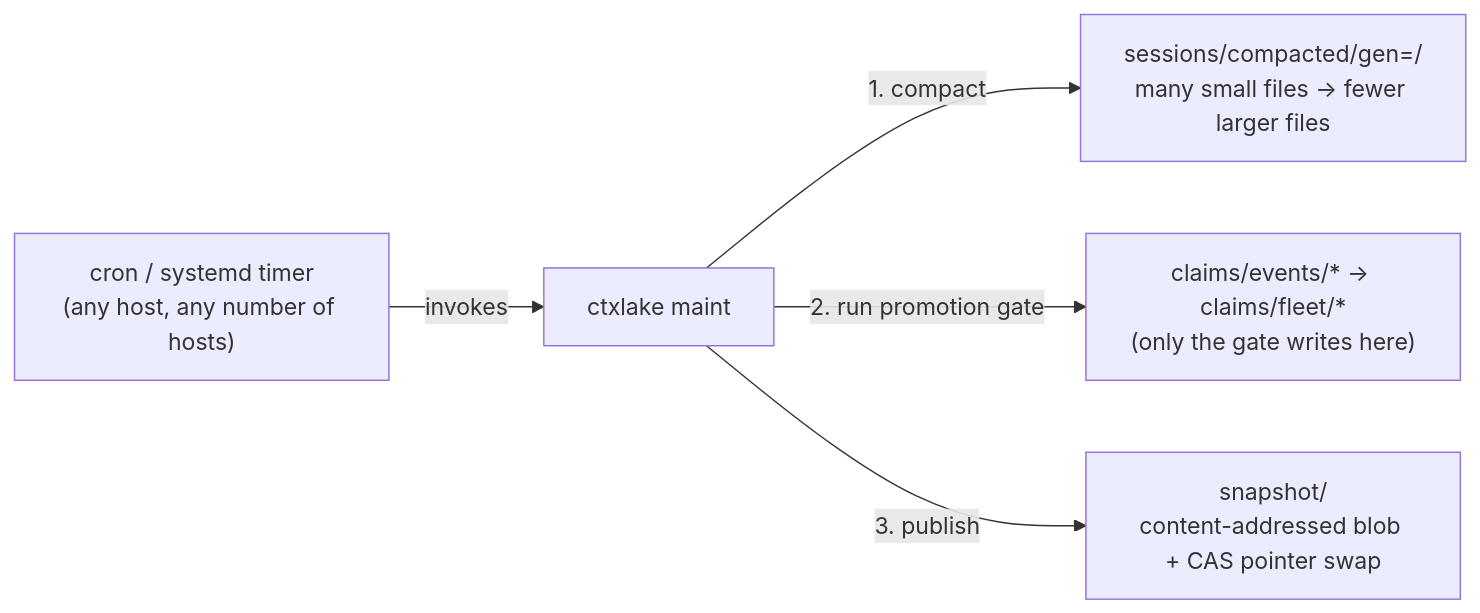
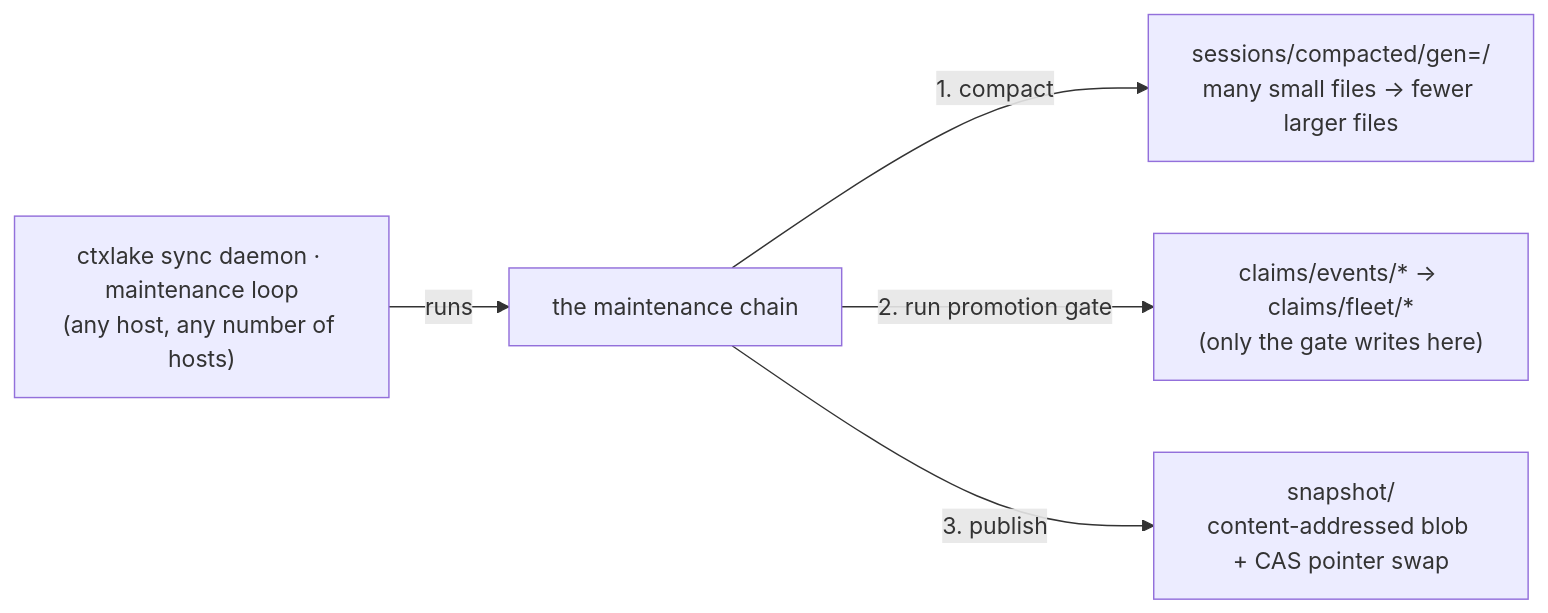
Before and after one commit to OxidantData/ctxlake: the third of 3 diagrams in docs/architecture.md, drawn with Mermaid. The commit also changed other lines of this file and 12 other files, not shown here.

First line of the commit message:
feat(sync): the daemon runs maintenance, and install refuses a host that can't

````diff
--- a/docs/architecture.md
+++ b/docs/architecture.md
@@ -82,7 +82,7 @@
 ```mermaid
 flowchart LR
-    Cron["cron / systemd timer\n(any host, any number of hosts)"] -->|invokes| Maint["ctxlake maint"]
+    Cron["ctxlake sync daemon · maintenance loop\n(any host, any number of hosts)"] -->|runs| Maint["the maintenance chain"]
     Maint -->|"1. compact"| Sessions["sessions/compacted/gen=<hash>/\nmany small files -> fewer larger files"]
     Maint -->|"2. run promotion gate"| Claims["claims/events/* -> claims/fleet/*\n(only the gate writes here)"]
     Maint -->|"3. publish"| Snapshot["snapshot/\ncontent-addressed blob + CAS pointer swap"]
 ```
````
